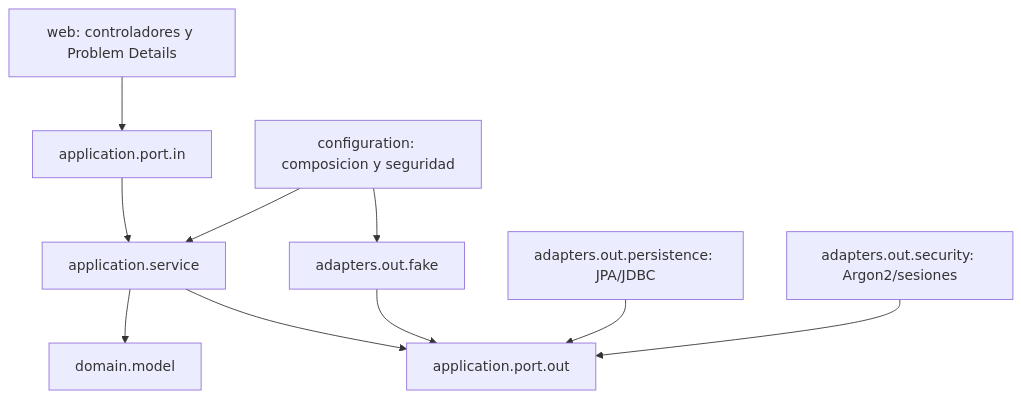
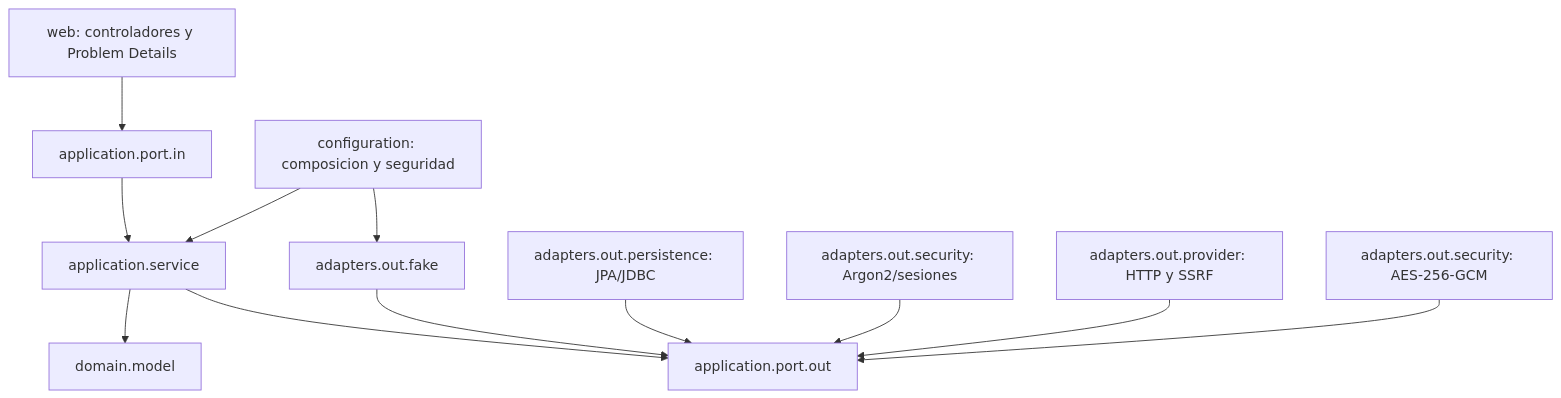
One commit to 1franky/chat-mcp changed the first of 3 diagrams in docs/architecture.md. Above: the diagram before and after it, drawn with Mermaid. The commit also changed other lines of this file and 73 other files, not shown here.

````diff
--- a/docs/architecture.md
+++ b/docs/architecture.md
@@ -7,12 +7,14 @@
 ```mermaid
 flowchart TB
     WEB["web: controladores y Problem Details"] --> IN["application.port.in"]
     IN --> APP["application.service"]
     APP --> DOMAIN["domain.model"]
     APP --> OUT["application.port.out"]
     CFG["configuration: composicion y seguridad"] --> APP
     CFG --> FAKE["adapters.out.fake"]
     FAKE --> OUT
     JPA["adapters.out.persistence: JPA/JDBC"] --> OUT
     SEC["adapters.out.security: Argon2/sesiones"] --> OUT
+    PROVIDERS["adapters.out.provider: HTTP y SSRF"] --> OUT
+    CIPHER["adapters.out.security: AES-256-GCM"] --> OUT
 ```
````
